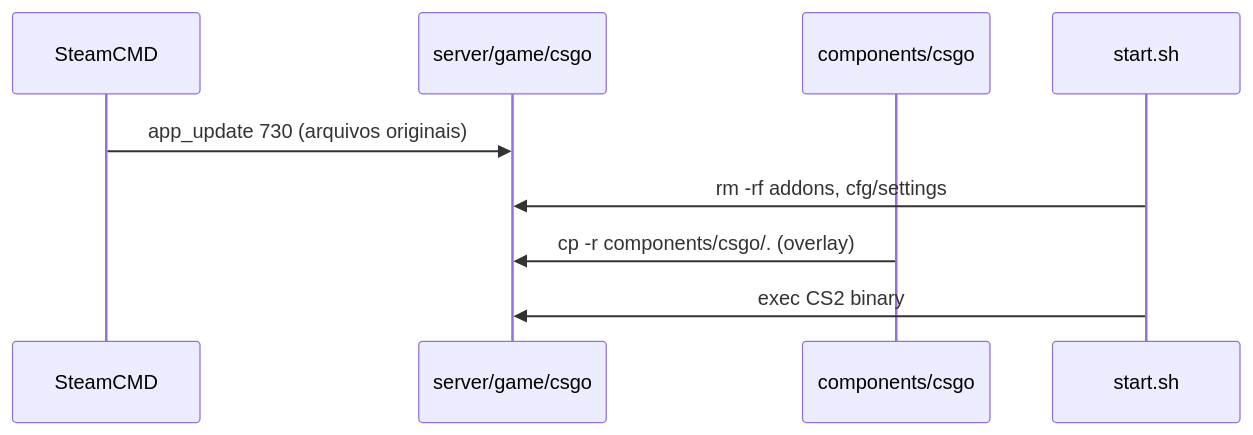
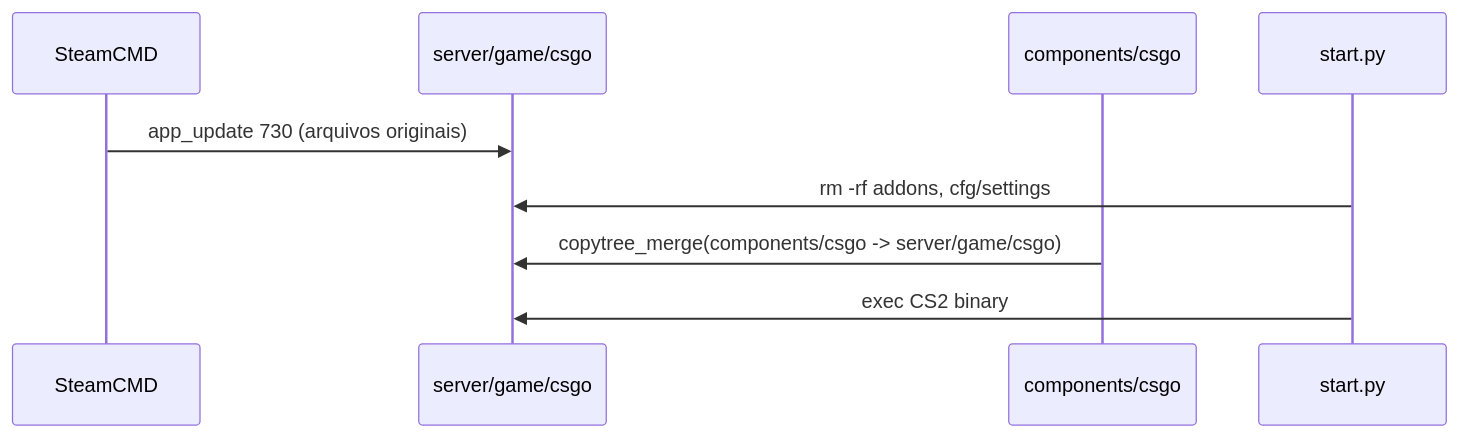
The third of 3 diagrams in docs/02-architecture.md (vinnedev/cs2-linux-server), drawn with Mermaid before and after one commit. The commit also changed other lines of this file and 92 other files, not shown here.

````diff
--- a/docs/02-architecture.md
+++ b/docs/02-architecture.md
@@ -94,12 +94,12 @@
 ```mermaid
 sequenceDiagram
     participant SCmd as SteamCMD
     participant Game as server/game/csgo
     participant Overlay as components/csgo
-    participant Start as start.sh
+    participant Start as start.py
 
     SCmd->>Game: app_update 730 (arquivos originais)
     Start->>Game: rm -rf addons, cfg/settings
-    Overlay->>Game: cp -r components/csgo/. (overlay)
+    Overlay->>Game: copytree_merge(components/csgo -> server/game/csgo)
     Start->>Game: exec CS2 binary
 ```
````
